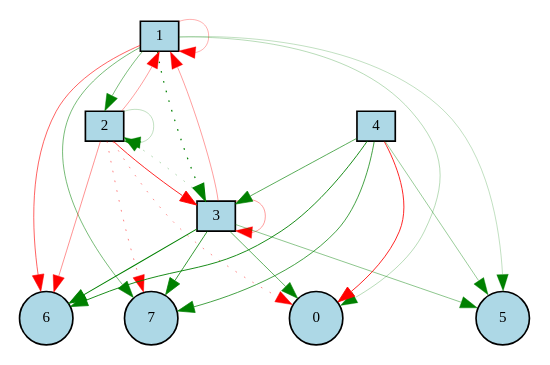
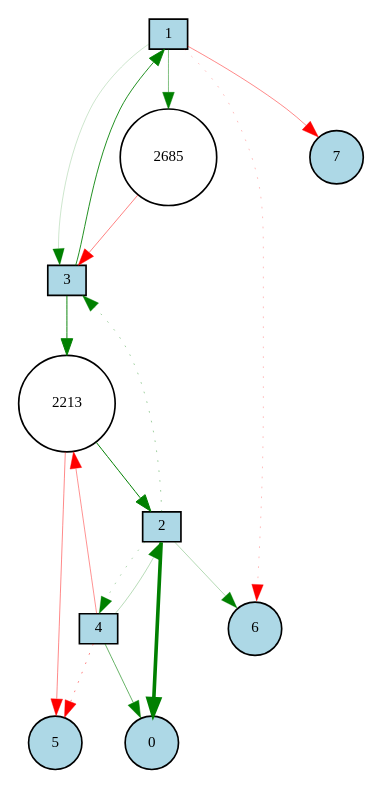
Before and after one commit to katomasahiro10/cyclic_task: the diagram in out/Digraph.gv, drawn with Graphviz. The commit also changed 204 other files, not shown here.

```diff
--- a/out/Digraph.gv
+++ b/out/Digraph.gv
@@ -1,40 +1,34 @@
 digraph {
 	node [fontsize=9 height=0.2 shape=circle width=0.2]
 	1 [fillcolor=lightgray shape=box style=filled]
 	2 [fillcolor=lightgray shape=box style=filled]
 	3 [fillcolor=lightgray shape=box style=filled]
 	4 [fillcolor=lightgray shape=box style=filled]
 	0 [fillcolor=lightblue style=filled]
 	1 [fillcolor=lightblue style=filled]
 	2 [fillcolor=lightblue style=filled]
 	3 [fillcolor=lightblue style=filled]
 	4 [fillcolor=lightblue style=filled]
 	5 [fillcolor=lightblue style=filled]
 	6 [fillcolor=lightblue style=filled]
 	7 [fillcolor=lightblue style=filled]
-	3 -> 6 [color=green penwidth=0.60642565669751 style=solid]
-	4 -> 5 [color=green penwidth=0.24249323563893596 style=solid]
-	1 -> 2 [color=green penwidth=0.31375222380098056 style=solid]
-	2 -> 0 [color=red penwidth=0.26618299298787707 style=dotted]
-	2 -> 2 [color=green penwidth=0.1474373617362889 style=solid]
-	1 -> 1 [color=red penwidth=0.1938394547697627 style=solid]
-	3 -> 1 [color=red penwidth=0.23231638491047563 style=solid]
-	3 -> 0 [color=green penwidth=0.37078815553759203 style=solid]
-	1 -> 5 [color=green penwidth=0.15159560913106584 style=solid]
-	3 -> 3 [color=red penwidth=0.22711359624436975 style=solid]
-	1 -> 7 [color=green penwidth=0.3248704179437194 style=solid]
-	4 -> 6 [color=green penwidth=0.5355228087226492 style=solid]
-	1 -> 0 [color=green penwidth=0.1651307979560659 style=solid]
-	2 -> 1 [color=red penwidth=0.23170690170533867 style=solid]
-	3 -> 7 [color=green penwidth=0.47800532095818615 style=solid]
-	1 -> 3 [color=green penwidth=0.731166104707068 style=dotted]
-	2 -> 7 [color=red penwidth=0.30192758908492606 style=dotted]
-	4 -> 0 [color=red penwidth=0.512527183694356 style=solid]
-	4 -> 3 [color=green penwidth=0.38804615033602663 style=solid]
-	3 -> 5 [color=green penwidth=0.26540967702113727 style=solid]
-	2 -> 3 [color=red penwidth=0.5137890874777777 style=solid]
-	3 -> 2 [color=green penwidth=0.2045876377046802 style=dotted]
-	4 -> 7 [color=green penwidth=0.43735301240276303 style=solid]
-	2 -> 6 [color=red penwidth=0.26009609772221054 style=solid]
-	1 -> 6 [color=red penwidth=0.37016655223049555 style=solid]
+	2213 [fillcolor=white style=filled]
+	2685 [fillcolor=white style=filled]
+	4 -> 5 [color=red penwidth=0.29635890221789574 style=dotted]
+	1 -> 3 [color=green penwidth=0.12469681719814688 style=solid]
+	1 -> 6 [color=red penwidth=0.16030187668236995 style=dotted]
+	2 -> 0 [color=green penwidth=2.1831452538206255 style=solid]
+	4 -> 2 [color=green penwidth=0.17331402213420033 style=solid]
+	2 -> 3 [color=green penwidth=0.22753756714595263 style=dotted]
+	2213 -> 2 [color=green penwidth=0.5960449833882098 style=solid]
+	2685 -> 3 [color=red penwidth=0.2978548890128788 style=solid]
+	1 -> 2685 [color=green penwidth=0.3045666088965364 style=solid]
+	3 -> 1 [color=green penwidth=0.520926532002552 style=solid]
+	2 -> 6 [color=green penwidth=0.18363859164237828 style=solid]
+	4 -> 0 [color=green penwidth=0.36263814908479153 style=solid]
+	2 -> 4 [color=green penwidth=0.1851364011956798 style=dotted]
+	4 -> 2213 [color=red penwidth=0.2638132534293801 style=solid]
+	3 -> 2213 [color=green penwidth=0.5701325967381491 style=solid]
+	1 -> 7 [color=red penwidth=0.280706706012815 style=solid]
+	2213 -> 5 [color=red penwidth=0.28480821518625327 style=solid]
 }
```
